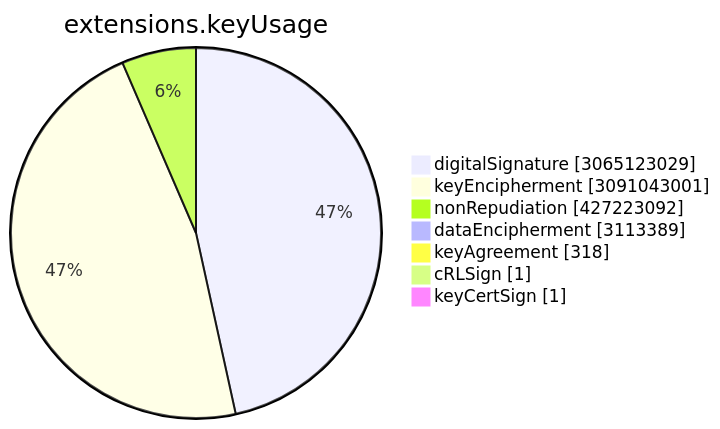
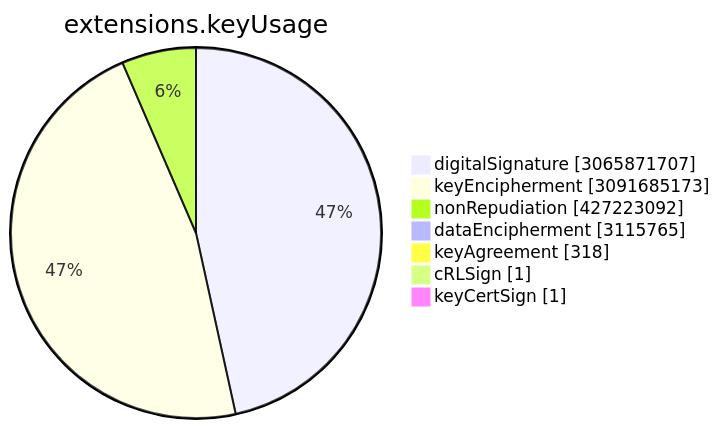
One commit to christiankrug/ctmonitor_visualization changed the sixth of 15 diagrams in TOTAL/README.md. Above: the diagram before and after it, drawn with Mermaid. The commit also changed other lines of this file, not shown here.

````diff
--- a/TOTAL/README.md
+++ b/TOTAL/README.md
@@ -3075,11 +3075,11 @@
 ```mermaid
 pie showData
 title extensions.keyUsage
-"digitalSignature" :3065123029
-"keyEncipherment" :3091043001
+"digitalSignature" :3065871707
+"keyEncipherment" :3091685173
 "nonRepudiation" :427223092
-"dataEncipherment" :3113389
+"dataEncipherment" :3115765
 "keyAgreement" :318
 "cRLSign" :1
 "keyCertSign" :1
 ```
````
